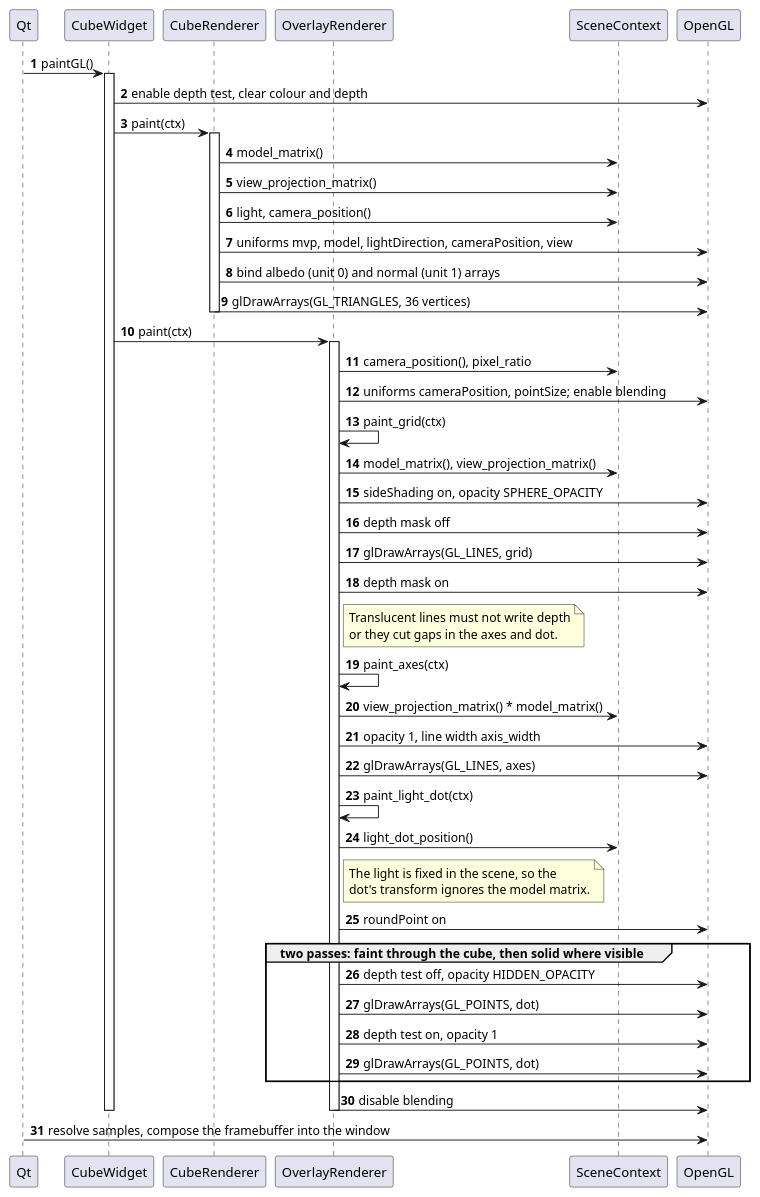
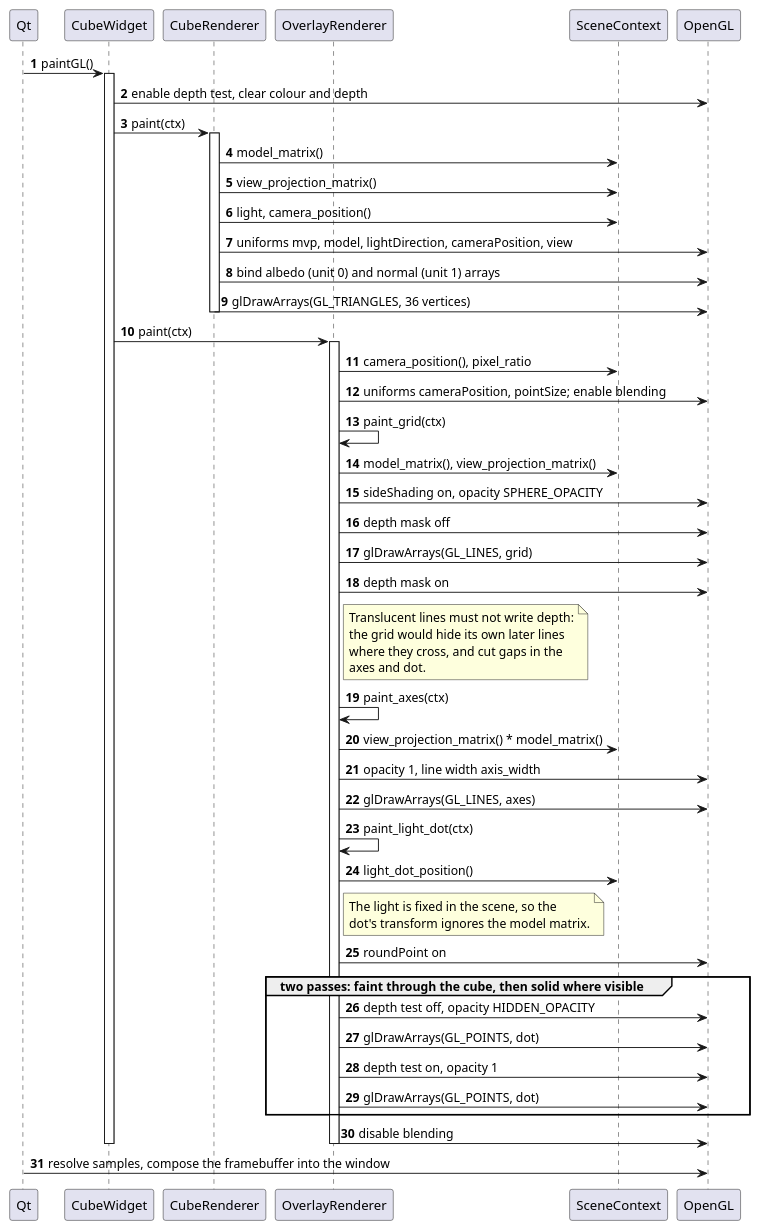
Before and after one commit to esba1ley/opengl_python_qt6_test: the diagram in docs/diagrams/frame.puml, drawn with PlantUML. The commit also changed 9 other files, not shown here.

```diff
--- a/docs/diagrams/frame.puml
+++ b/docs/diagrams/frame.puml
@@ -1,67 +1,69 @@
 @startuml frame
 ' Sequence: one call to paintGL(). Draw order is fixed: cube, sphere grid,
 ' axes, light dot. Keep in step with widget.paintGL and the renderers' paint().
 skinparam shadowing false
 skinparam sequenceMessageAlign left
 autonumber
 
 participant "Qt" as qt
 participant "CubeWidget" as widget
 participant "CubeRenderer" as cube
 participant "OverlayRenderer" as overlay
 participant "SceneContext" as ctx
 participant "OpenGL" as gl
 
 qt -> widget : paintGL()
 activate widget
 widget -> gl : enable depth test, clear colour and depth
 
 widget -> cube : paint(ctx)
 activate cube
 cube -> ctx : model_matrix()
 cube -> ctx : view_projection_matrix()
 cube -> ctx : light, camera_position()
 cube -> gl : uniforms mvp, model, lightDirection, cameraPosition, view
 cube -> gl : bind albedo (unit 0) and normal (unit 1) arrays
 cube -> gl : glDrawArrays(GL_TRIANGLES, 36 vertices)
 deactivate cube
 
 widget -> overlay : paint(ctx)
 activate overlay
 overlay -> ctx : camera_position(), pixel_ratio
 overlay -> gl : uniforms cameraPosition, pointSize; enable blending
 
 overlay -> overlay : paint_grid(ctx)
 overlay -> ctx : model_matrix(), view_projection_matrix()
 overlay -> gl : sideShading on, opacity SPHERE_OPACITY
 overlay -> gl : depth mask off
 overlay -> gl : glDrawArrays(GL_LINES, grid)
 overlay -> gl : depth mask on
 note right of overlay
-  Translucent lines must not write depth
-  or they cut gaps in the axes and dot.
+  Translucent lines must not write depth:
+  the grid would hide its own later lines
+  where they cross, and cut gaps in the
+  axes and dot.
 end note
 
 overlay -> overlay : paint_axes(ctx)
 overlay -> ctx : view_projection_matrix() * model_matrix()
 overlay -> gl : opacity 1, line width axis_width
 overlay -> gl : glDrawArrays(GL_LINES, axes)
 
 overlay -> overlay : paint_light_dot(ctx)
 overlay -> ctx : light_dot_position()
 note right of overlay
   The light is fixed in the scene, so the
   dot's transform ignores the model matrix.
 end note
 overlay -> gl : roundPoint on
 group two passes: faint through the cube, then solid where visible
   overlay -> gl : depth test off, opacity HIDDEN_OPACITY
   overlay -> gl : glDrawArrays(GL_POINTS, dot)
   overlay -> gl : depth test on, opacity 1
   overlay -> gl : glDrawArrays(GL_POINTS, dot)
 end
 overlay -> gl : disable blending
 deactivate overlay
 deactivate widget
 qt -> gl : resolve samples, compose the framebuffer into the window
 @enduml
```
